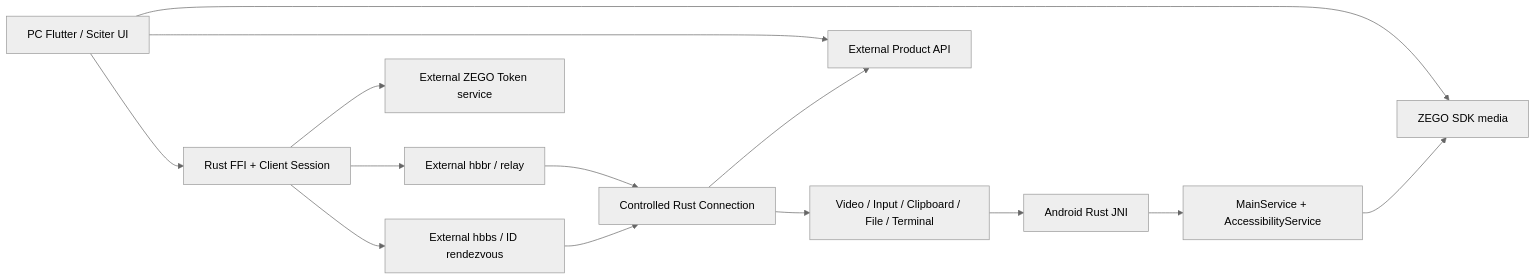
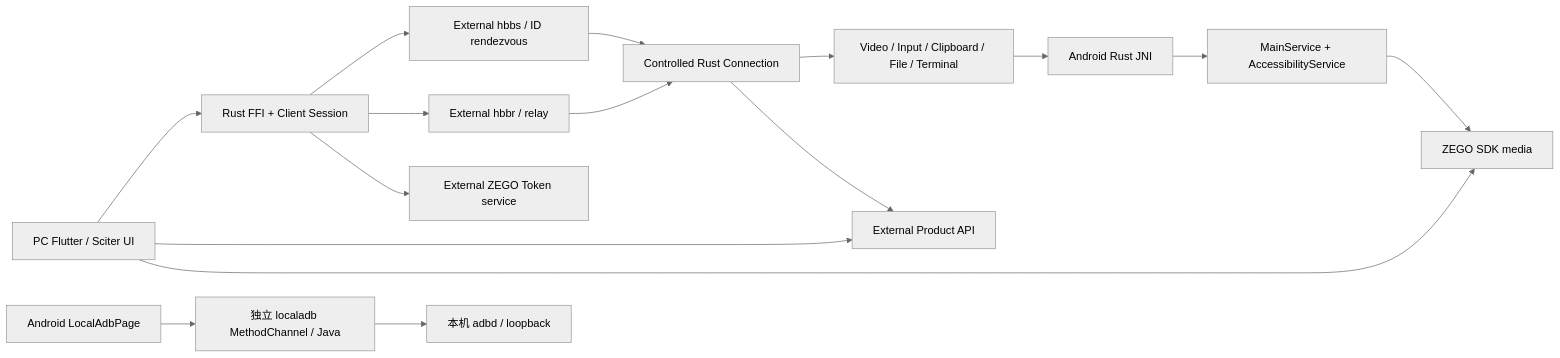
One commit to adb-shell/A-Shell-You changed the diagram in docs/AI_ENGINEERING/01_ARCHITECTURE.md. Above: the diagram before and after it, drawn with Mermaid (neutral theme). The commit also changed other lines of this file and 33 other files, not shown here.

````diff
--- a/docs/AI_ENGINEERING/01_ARCHITECTURE.md
+++ b/docs/AI_ENGINEERING/01_ARCHITECTURE.md
@@ -7,16 +7,18 @@
 ```mermaid
 flowchart LR
     PCUI["PC Flutter / Sciter UI"] --> PCBridge["Rust FFI + Client Session"]
     PCBridge --> HBBS["External hbbs / ID rendezvous"]
     PCBridge --> HBBR["External hbbr / relay"]
     HBBR --> Endpoint["Controlled Rust Connection"]
     HBBS --> Endpoint
     Endpoint --> Services["Video / Input / Clipboard / File / Terminal"]
     Services --> AndroidJNI["Android Rust JNI"]
     AndroidJNI --> AndroidKotlin["MainService + AccessibilityService"]
     PCUI --> ProductAPI["External Product API"]
     Endpoint --> ProductAPI
     PCBridge --> ZegoToken["External ZEGO Token service"]
     PCUI --> ZegoRTC["ZEGO SDK media"]
     AndroidKotlin --> ZegoRTC
+    LocalAdbUI["Android LocalAdbPage"] --> LocalAdbPlugin["独立 localadb MethodChannel / Java"]
+    LocalAdbPlugin --> LocalAdbd["本机 adbd / loopback"]
 ```
````
